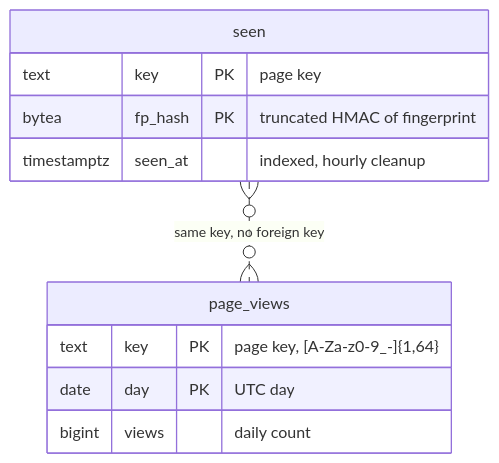
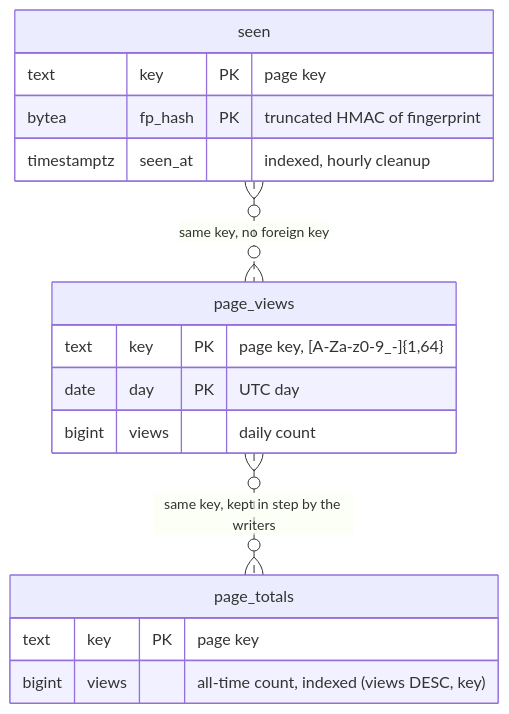
One commit to oshanz/view-counter changed the third of 4 diagrams in docs/jetstream-v2.md. Above: the diagram before and after it, drawn with Mermaid. The commit also changed other lines of this file and 5 other files, not shown here.

First line of the commit message:
Add page_totals table for all-time view counts

````diff
--- a/docs/jetstream-v2.md
+++ b/docs/jetstream-v2.md
@@ -89,14 +89,19 @@
 ```mermaid
 erDiagram
     page_views {
         text key PK "page key, [A-Za-z0-9_-]{1,64}"
         date day PK "UTC day"
         bigint views "daily count"
     }
     seen {
         text key PK "page key"
         bytea fp_hash PK "truncated HMAC of fingerprint"
         timestamptz seen_at "indexed, hourly cleanup"
     }
+    page_totals {
+        text key PK "page key"
+        bigint views "all-time count, indexed (views DESC, key)"
+    }
     seen }o..o{ page_views : "same key, no foreign key"
+    page_views }o..o{ page_totals : "same key, kept in step by the writers"
 ```
````
